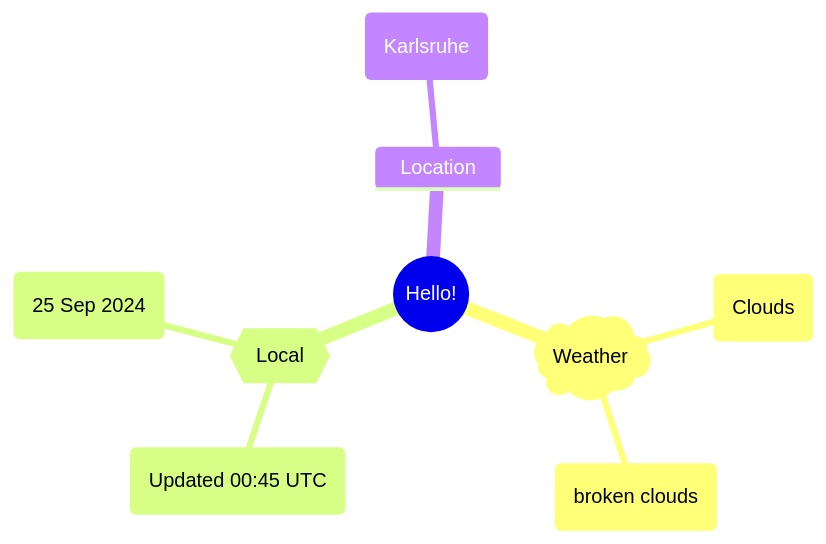
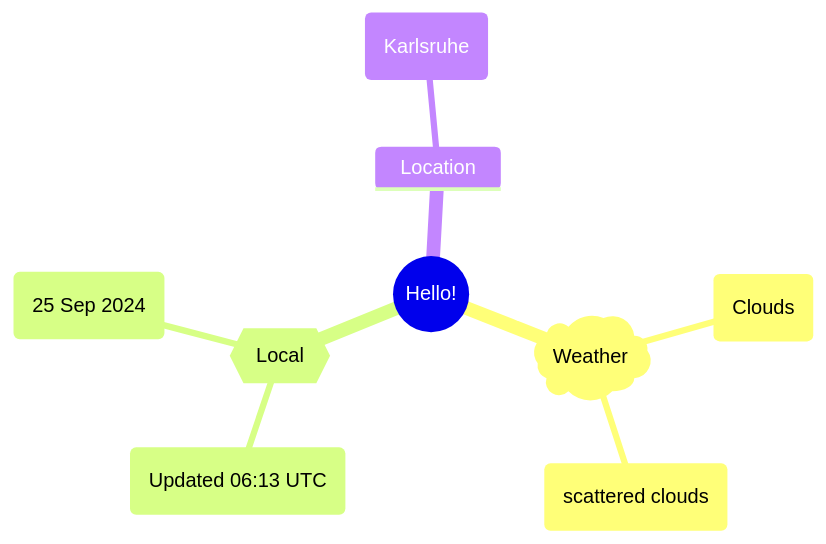
The first of 2 diagrams in README.md (Xosrov/Xosrov), drawn with Mermaid before and after one commit.

Commit message:
[bot] updated images

````diff
--- a/README.md
+++ b/README.md
@@ -3,12 +3,12 @@
 ```mermaid
 mindmap
   root((Hello!))
     )Weather(
         (Clouds)
-        (broken clouds)
+        (scattered clouds)
     {{Local}}
-        (Updated 00:45 UTC)
+        (Updated 06:13 UTC)
         (25 Sep 2024)
     Location
         (Karlsruhe)
 ```
````
